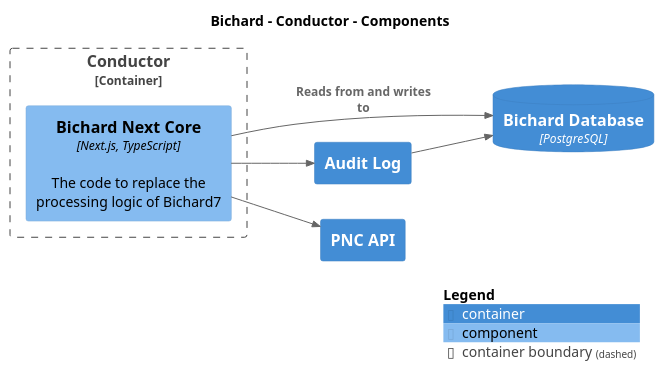
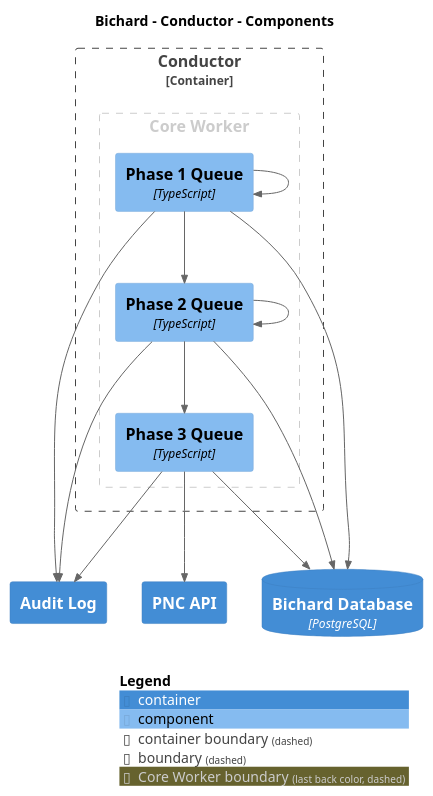
One commit to ministryofjustice/bichard7-next-core changed the diagram in main/puml/Component-001.puml. Above: the diagram before and after it, drawn with PlantUML. The commit also changed 71 other files, not shown here.

Commit message:
Deploying to gh-pages from @ ministryofjustice/bichard7-next-core@43d14f24608e197f4c2c5a69c04980e2f9d2c5cf 🚀

```diff
--- a/main/puml/Component-001.puml
+++ b/main/puml/Component-001.puml
@@ -1,26 +1,39 @@
 @startuml
 set separator none
 title Bichard - Conductor - Components
 
-left to right direction
+top to bottom direction
 
 !include <C4/C4>
 !include <C4/C4_Context>
 !include <C4/C4_Container>
 !include <C4/C4_Component>
 
 ContainerDb(Bichard.BichardDatabase, "Bichard Database", $techn="PostgreSQL", $descr="", $tags="", $link="")
 Container(Bichard.AuditLog, "Audit Log", $techn="", $descr="", $tags="", $link="")
 Container(Bichard.PNCAPI, "PNC API", $techn="", $descr="", $tags="", $link="")
 
 Container_Boundary("Bichard.Conductor_boundary", "Conductor", $tags="") {
-  Component(Bichard.Conductor.BichardNextCore, "Bichard Next Core", $techn="Next.js, TypeScript", $descr="The code to replace the processing logic of Bichard7", $tags="", $link="")
+  AddBoundaryTag("Core Worker", $borderColor="#cccccc", $fontColor="#cccccc", $borderStyle="dashed")
+  Boundary(group_1, "Core Worker", $tags="Core Worker") {
+    Component(Bichard.Conductor.Phase1Queue, "Phase 1 Queue", $techn="TypeScript", $descr="", $tags="", $link="")
+    Component(Bichard.Conductor.Phase2Queue, "Phase 2 Queue", $techn="TypeScript", $descr="", $tags="", $link="")
+    Component(Bichard.Conductor.Phase3Queue, "Phase 3 Queue", $techn="TypeScript", $descr="", $tags="", $link="")
+  }
+
 }
 
-Rel(Bichard.AuditLog, Bichard.BichardDatabase, "", $techn="", $tags="", $link="")
-Rel(Bichard.Conductor.BichardNextCore, Bichard.AuditLog, "", $techn="", $tags="", $link="")
-Rel(Bichard.Conductor.BichardNextCore, Bichard.BichardDatabase, "Reads from and writes to", $techn="", $tags="", $link="")
-Rel(Bichard.Conductor.BichardNextCore, Bichard.PNCAPI, "", $techn="", $tags="", $link="")
+Rel(Bichard.Conductor.Phase1Queue, Bichard.Conductor.Phase1Queue, "", $techn="", $tags="", $link="")
+Rel(Bichard.Conductor.Phase1Queue, Bichard.Conductor.Phase2Queue, "", $techn="", $tags="", $link="")
+Rel(Bichard.Conductor.Phase2Queue, Bichard.Conductor.Phase2Queue, "", $techn="", $tags="", $link="")
+Rel(Bichard.Conductor.Phase2Queue, Bichard.Conductor.Phase3Queue, "", $techn="", $tags="", $link="")
+Rel(Bichard.Conductor.Phase1Queue, Bichard.AuditLog, "", $techn="", $tags="", $link="")
+Rel(Bichard.Conductor.Phase2Queue, Bichard.AuditLog, "", $techn="", $tags="", $link="")
+Rel(Bichard.Conductor.Phase3Queue, Bichard.AuditLog, "", $techn="", $tags="", $link="")
+Rel(Bichard.Conductor.Phase3Queue, Bichard.PNCAPI, "", $techn="", $tags="", $link="")
+Rel(Bichard.Conductor.Phase1Queue, Bichard.BichardDatabase, "", $techn="", $tags="", $link="")
+Rel(Bichard.Conductor.Phase2Queue, Bichard.BichardDatabase, "", $techn="", $tags="", $link="")
+Rel(Bichard.Conductor.Phase3Queue, Bichard.BichardDatabase, "", $techn="", $tags="", $link="")
 
 SHOW_LEGEND(true)
 @enduml
```
